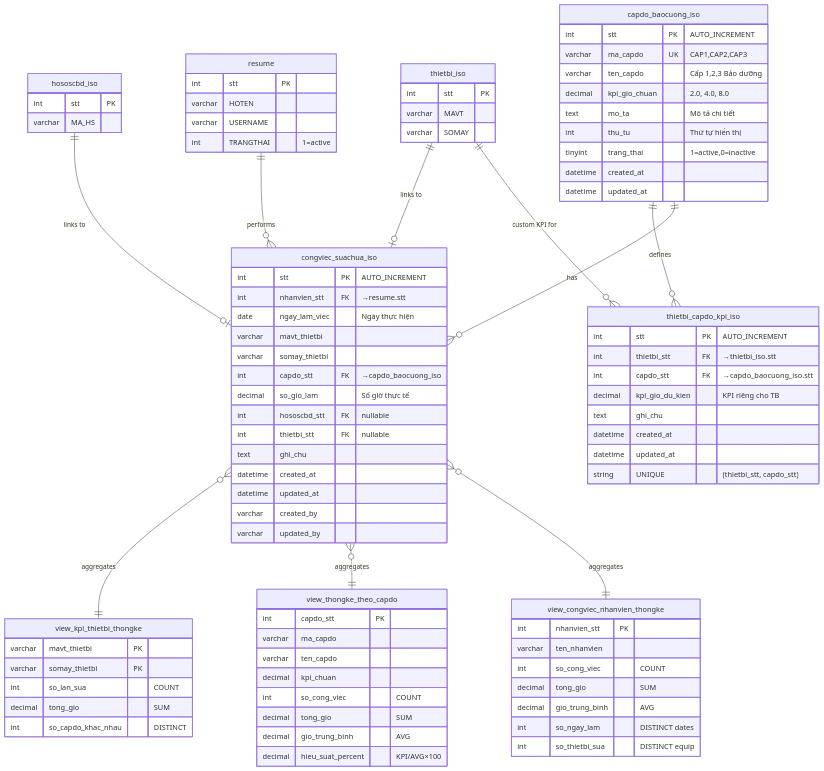
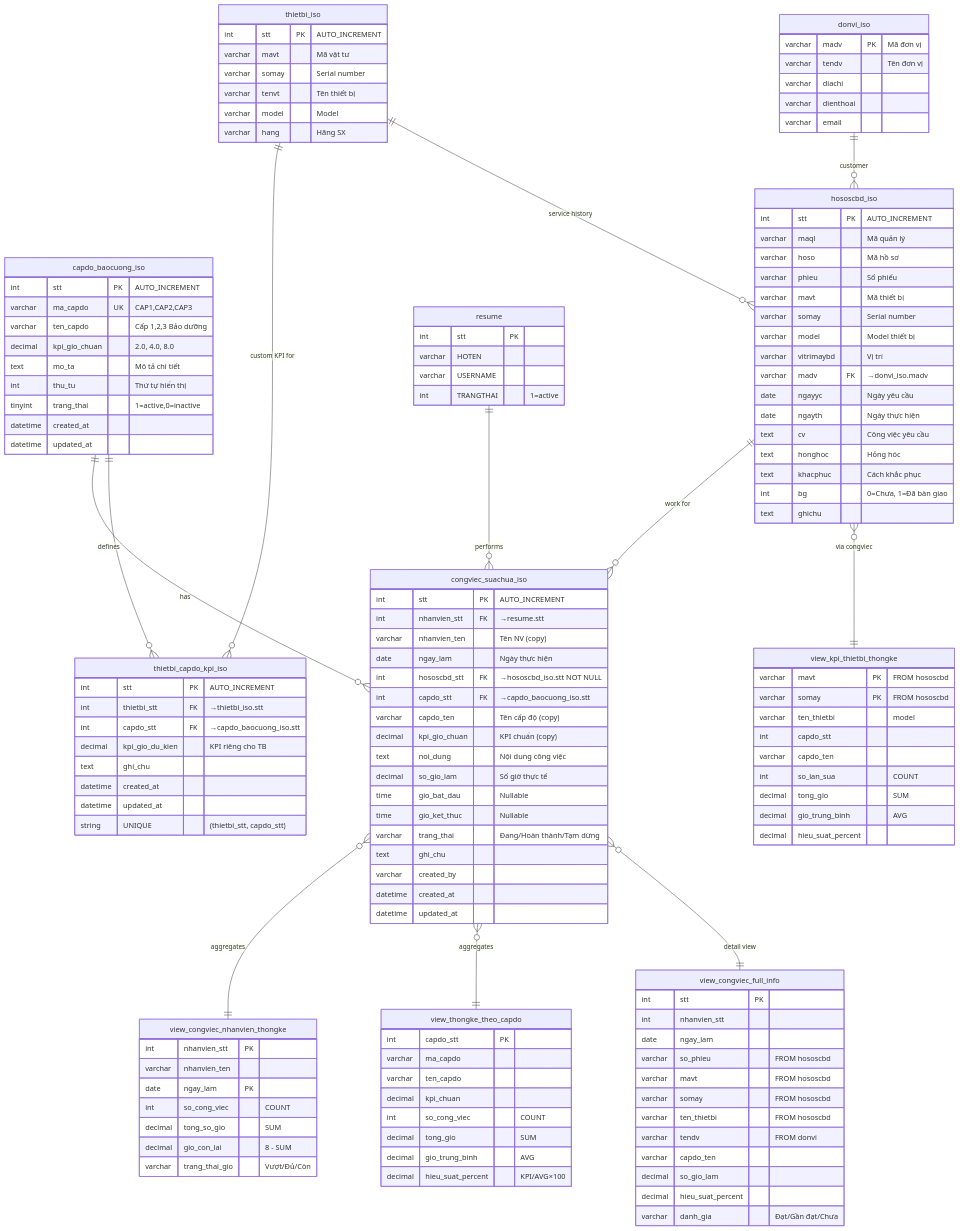
Before and after one commit to mylovetron2/iso2: the third of 5 diagrams in iso2/LUUDO_CONGVIEC_KPI.md, drawn with Mermaid. The commit also changed other lines of this file and 1 other file, not shown here.

First line of the commit message:
Chuẩn hóa congviec_suachua_iso: Chỉ lưu hososcbd_stt FK (bỏ mavt/somay)

````diff
--- a/iso2/LUUDO_CONGVIEC_KPI.md
+++ b/iso2/LUUDO_CONGVIEC_KPI.md
@@ -205,9 +205,10 @@
     capdo_baocuong_iso ||--o{ congviec_suachua_iso : has
     capdo_baocuong_iso ||--o{ thietbi_capdo_kpi_iso : defines
     thietbi_iso ||--o{ thietbi_capdo_kpi_iso : "custom KPI for"
+    thietbi_iso ||--o{ hososcbd_iso : "service history"
     resume ||--o{ congviec_suachua_iso : performs
-    hososcbd_iso ||--o| congviec_suachua_iso : "links to"
-    thietbi_iso ||--o| congviec_suachua_iso : "links to"
+    hososcbd_iso ||--o{ congviec_suachua_iso : "work for"
+    donvi_iso ||--o{ hososcbd_iso : "customer"
     
     capdo_baocuong_iso {
         int stt PK "AUTO_INCREMENT"
@@ -235,18 +236,57 @@
     congviec_suachua_iso {
         int stt PK "AUTO_INCREMENT"
         int nhanvien_stt FK "→resume.stt"
-        date ngay_lam_viec "Ngày thực hiện"
-        varchar mavt_thietbi
-        varchar somay_thietbi
-        int capdo_stt FK "→capdo_baocuong_iso"
+        varchar nhanvien_ten "Tên NV (copy)"
+        date ngay_lam "Ngày thực hiện"
+        int hososcbd_stt FK "→hososcbd_iso.stt NOT NULL"
+        int capdo_stt FK "→capdo_baocuong_iso.stt"
+        varchar capdo_ten "Tên cấp độ (copy)"
+        decimal kpi_gio_chuan "KPI chuẩn (copy)"
+        text noi_dung "Nội dung công việc"
         decimal so_gio_lam "Số giờ thực tế"
-        int hososcbd_stt FK "nullable"
-        int thietbi_stt FK "nullable"
+        time gio_bat_dau "Nullable"
+        time gio_ket_thuc "Nullable"
+        varchar trang_thai "Đang/Hoàn thành/Tạm dừng"
         text ghi_chu
+        varchar created_by
         datetime created_at
         datetime updated_at
-        varchar created_by
-        varchar updated_by
+    }
+    
+    hososcbd_iso {
+        int stt PK "AUTO_INCREMENT"
+        varchar maql "Mã quản lý"
+        varchar hoso "Mã hồ sơ"
+        varchar phieu "Số phiếu"
+        varchar mavt "Mã thiết bị"
+        varchar somay "Serial number"
+        varchar model "Model thiết bị"
+        varchar vitrimaybd "Vị trí"
+        varchar madv FK "→donvi_iso.madv"
+        date ngayyc "Ngày yêu cầu"
+        date ngayth "Ngày thực hiện"
+        text cv "Công việc yêu cầu"
+        text honghoc "Hỏng hóc"
+        text khacphuc "Cách khắc phục"
+        int bg "0=Chưa, 1=Đã bàn giao"
+        text ghichu
+    }
+    
+    thietbi_iso {
+        int stt PK "AUTO_INCREMENT"
+        varchar mavt "Mã vật tư"
+        varchar somay "Serial number"
+        varchar tenvt "Tên thiết bị"
+        varchar model "Model"
+        varchar hang "Hãng SX"
+    }
+    
+    donvi_iso {
+        varchar madv PK "Mã đơn vị"
+        varchar tendv "Tên đơn vị"
+        varchar diachi
+        varchar dienthoai
+        varchar email
     }
     
     resume {
@@ -256,25 +296,14 @@
         int TRANGTHAI "1=active"
     }
     
-    hososcbd_iso {
-        int stt PK
-        varchar MA_HS
-    }
-    
-    thietbi_iso {
-        int stt PK
-        varchar MAVT
-        varchar SOMAY
-    }
-    
     view_congviec_nhanvien_thongke {
         int nhanvien_stt PK
-        varchar ten_nhanvien
+        varchar nhanvien_ten
+        date ngay_lam PK
         int so_cong_viec "COUNT"
-        decimal tong_gio "SUM"
-        decimal gio_trung_binh "AVG"
-        int so_ngay_lam "DISTINCT dates"
-        int so_thietbi_sua "DISTINCT equip"
+        decimal tong_so_gio "SUM"
+        decimal gio_con_lai "8 - SUM"
+        varchar trang_thai_gio "Vượt/Đủ/Còn"
     }
     
     view_thongke_theo_capdo {
@@ -289,14 +318,34 @@
     }
     
     view_kpi_thietbi_thongke {
-        varchar mavt_thietbi PK
-        varchar somay_thietbi PK
+        varchar mavt PK "FROM hososcbd"
+        varchar somay PK "FROM hososcbd"
+        varchar ten_thietbi "model"
+        int capdo_stt
+        varchar capdo_ten
         int so_lan_sua "COUNT"
         decimal tong_gio "SUM"
-        int so_capdo_khac_nhau "DISTINCT"
+        decimal gio_trung_binh "AVG"
+        decimal hieu_suat_percent
+    }
+    
+    view_congviec_full_info {
+        int stt PK
+        int nhanvien_stt
+        date ngay_lam
+        varchar so_phieu "FROM hososcbd"
+        varchar mavt "FROM hososcbd"
+        varchar somay "FROM hososcbd"
+        varchar ten_thietbi "FROM hososcbd"
+        varchar tendv "FROM donvi"
+        varchar capdo_ten
+        decimal so_gio_lam
+        decimal hieu_suat_percent
+        varchar danh_gia "Đạt/Gần đạt/Chưa"
     }
     
     congviec_suachua_iso }o--|| view_congviec_nhanvien_thongke : aggregates
     congviec_suachua_iso }o--|| view_thongke_theo_capdo : aggregates
-    congviec_suachua_iso }o--|| view_kpi_thietbi_thongke : aggregates
+    hososcbd_iso }o--|| view_kpi_thietbi_thongke : "via congviec"
+    congviec_suachua_iso }o--|| view_congviec_full_info : "detail view"
 ```
````
